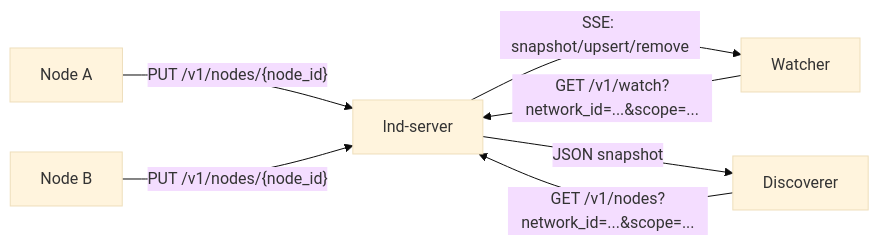
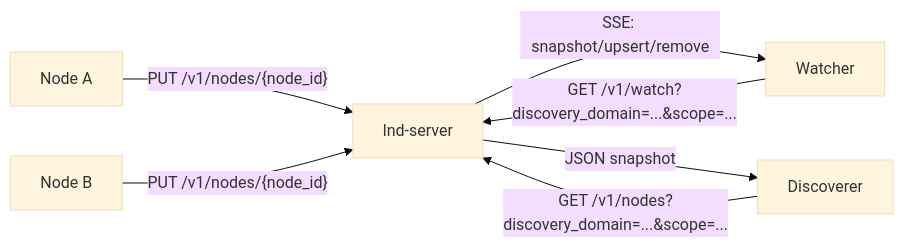
The diagram in README.md (azazo1/lnd), drawn with Mermaid (base theme) before and after one commit. The commit also changed other lines of this file and 30 other files, not shown here.

First line of the commit message:
refactor(discovery): rename network_id to discovery_domain and drop auto derivation

````diff
--- a/README.md
+++ b/README.md
@@ -45,9 +45,9 @@
 ```mermaid
 flowchart LR
     A["Node A"] -->|"PUT /v1/nodes/{node_id}"| S["lnd-server"]
     B["Node B"] -->|"PUT /v1/nodes/{node_id}"| S
-    C["Watcher"] -->|"GET /v1/watch?network_id=...&scope=..."| S
-    D["Discoverer"] -->|"GET /v1/nodes?network_id=...&scope=..."| S
+    C["Watcher"] -->|"GET /v1/watch?discovery_domain=...&scope=..."| S
+    D["Discoverer"] -->|"GET /v1/nodes?discovery_domain=...&scope=..."| S
     S -->|"SSE: snapshot/upsert/remove"| C
     S -->|"JSON snapshot"| D
 ```
````
